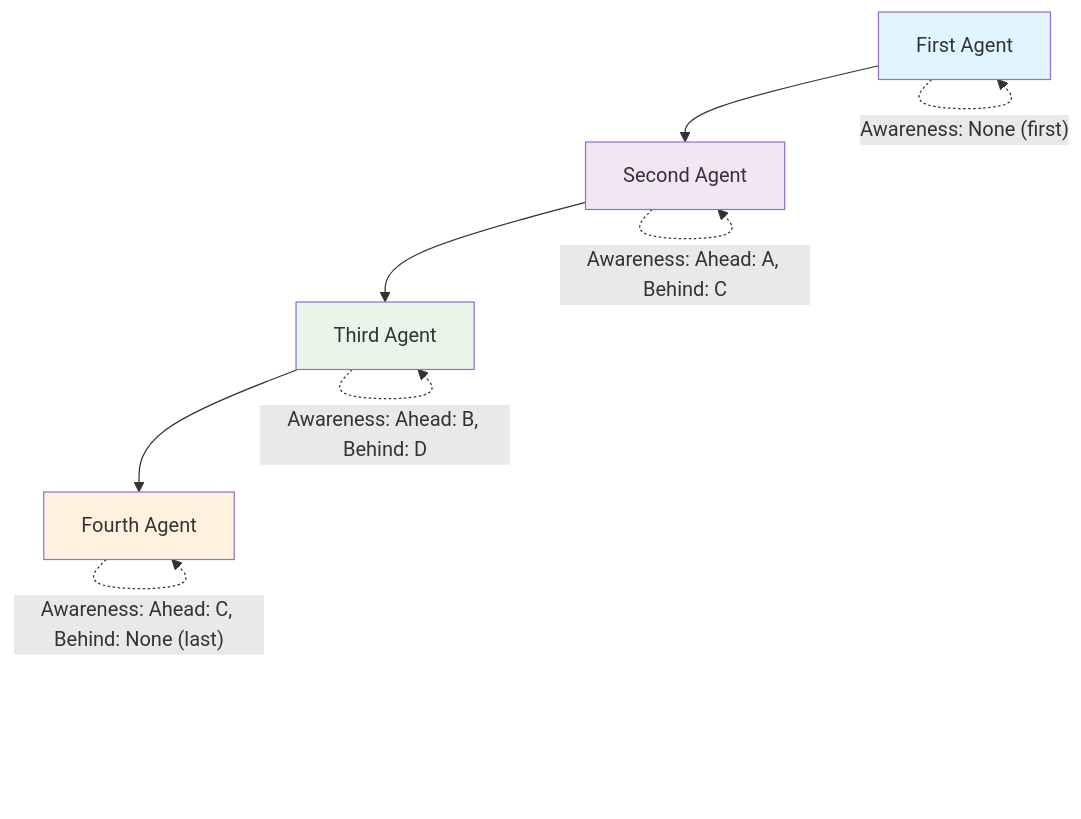
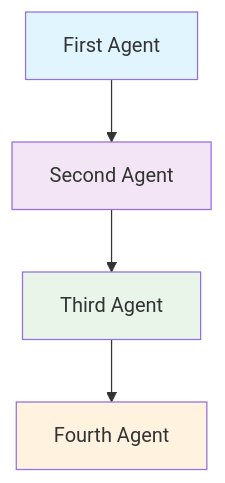
The diagram in docs/swarms/structs/sequential_workflow.md (kyegomez/swarms), drawn with Mermaid before and after one commit. The commit also changed other lines of this file, not shown here.

````diff
--- a/docs/swarms/structs/sequential_workflow.md
+++ b/docs/swarms/structs/sequential_workflow.md
@@ -12,16 +12,11 @@
 ```mermaid
 graph TD
     A[First Agent] --> B[Second Agent]
     B --> C[Third Agent]
     C --> D[Fourth Agent]
-    
+
     style A fill:#e1f5fe
     style B fill:#f3e5f5
     style C fill:#e8f5e8
     style D fill:#fff3e0
-    
-    A -.->|"Awareness: None (first)"| A
-    B -.->|"Awareness: Ahead: A, Behind: C"| B
-    C -.->|"Awareness: Ahead: B, Behind: D"| C
-    D -.->|"Awareness: Ahead: C, Behind: None (last)"| D
 ```
````
